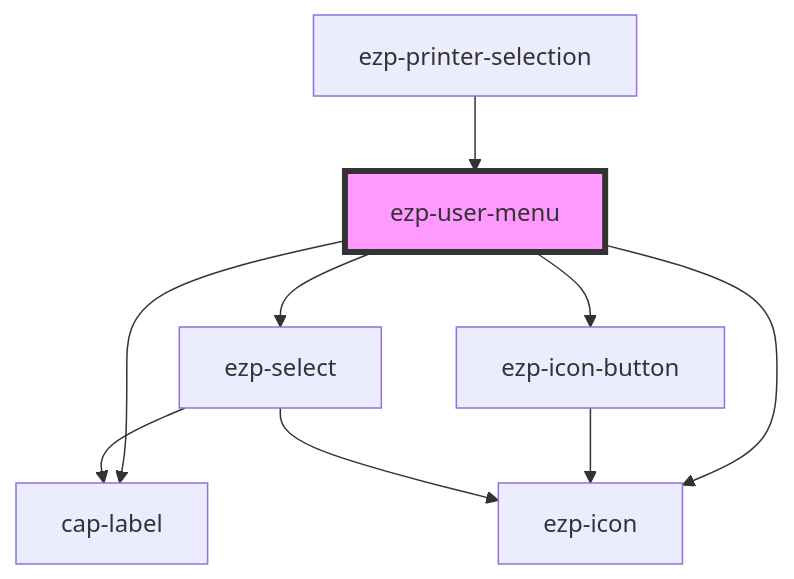
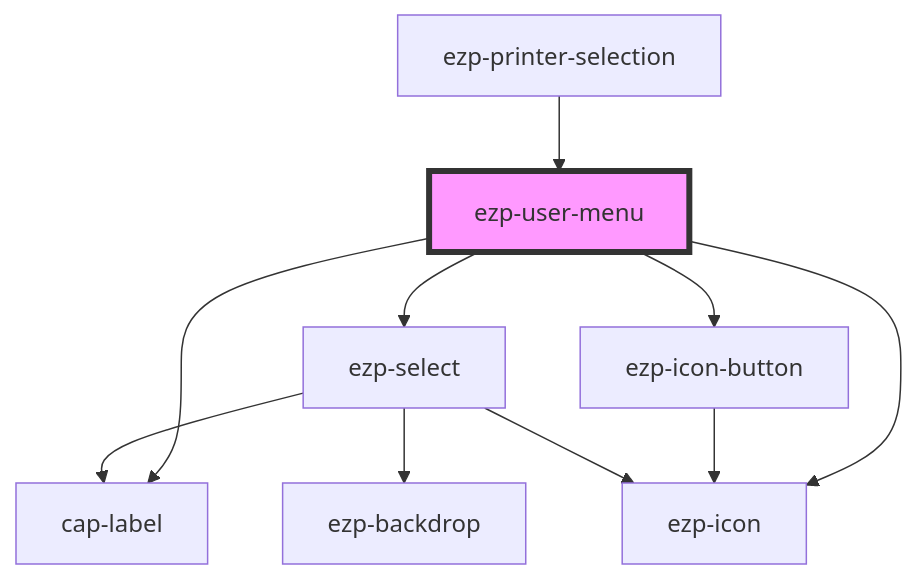
One commit to ezeep/ezeep-js changed the diagram in src/components/ezp-user-menu/readme.md. Above: the diagram before and after it, drawn with Mermaid. The commit also changed 11 other files, not shown here.

````diff
--- a/src/components/ezp-user-menu/readme.md
+++ b/src/components/ezp-user-menu/readme.md
@@ -33,12 +33,13 @@
 ```mermaid
 graph TD;
   ezp-user-menu --> cap-label
   ezp-user-menu --> ezp-icon-button
   ezp-user-menu --> ezp-select
   ezp-user-menu --> ezp-icon
   ezp-icon-button --> ezp-icon
+  ezp-select --> ezp-backdrop
   ezp-select --> ezp-icon
   ezp-select --> cap-label
   ezp-printer-selection --> ezp-user-menu
   style ezp-user-menu fill:#f9f,stroke:#333,stroke-width:4px
 ```
````
